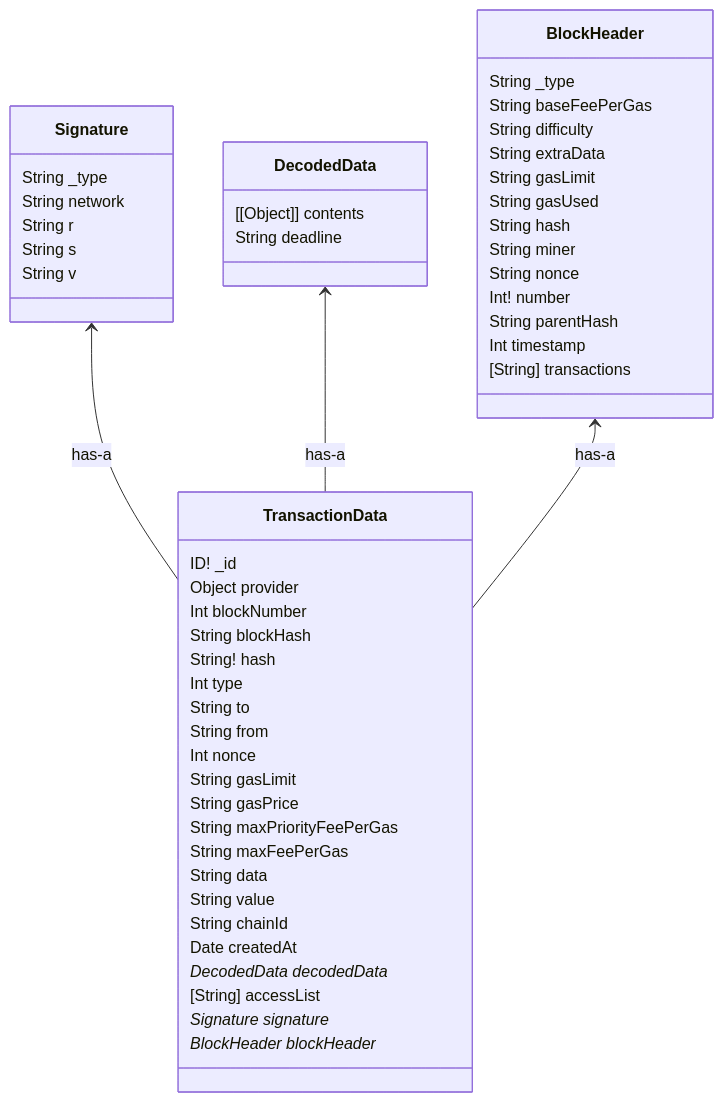
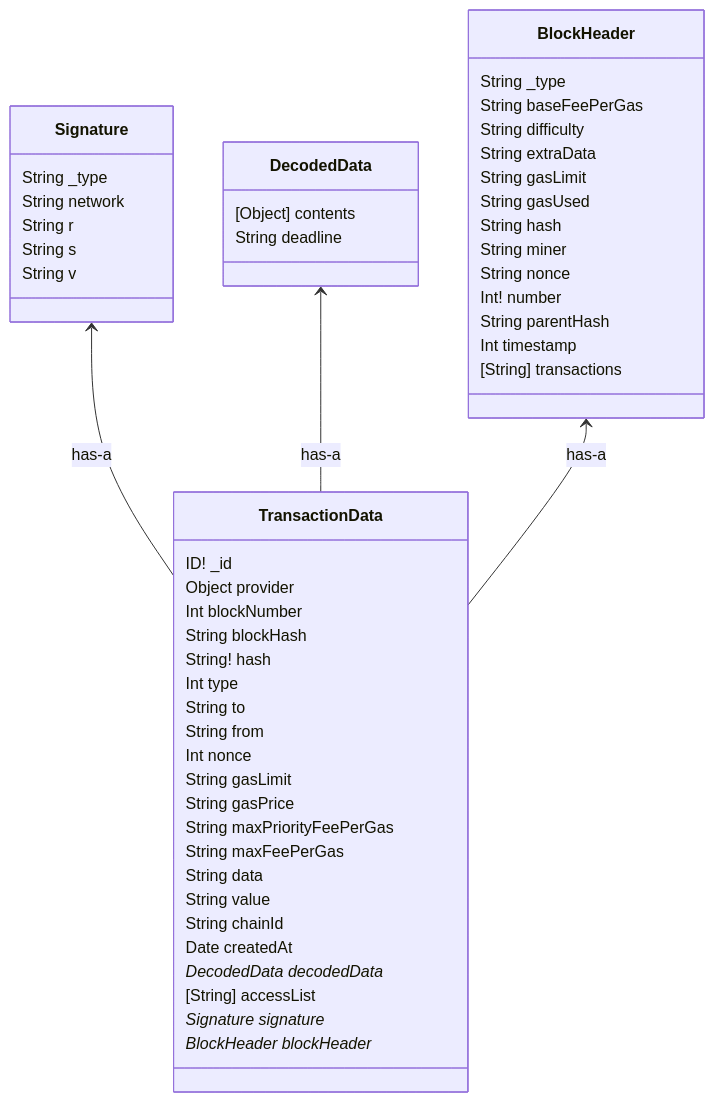
Before and after one commit to HiroyukiNaito/uniswap-universal-base: the second of 2 diagrams in README.md, drawn with Mermaid.

````diff
--- a/README.md
+++ b/README.md
@@ -51,54 +51,54 @@
 ```mermaid
 classDiagram
 
 Signature <-- TransactionData : has-a
 DecodedData <-- TransactionData : has-a
 BlockHeader <-- TransactionData : has-a
 
 
 Signature : String _type
 Signature : String network
 Signature : String  r
 Signature : String  s
 Signature : String  v
 
-DecodedData : [[Object]] contents
+DecodedData : [Object] contents
 DecodedData : String deadline
 
 BlockHeader: String _type
 BlockHeader: String baseFeePerGas
 BlockHeader: String difficulty
 BlockHeader: String extraData
 BlockHeader: String gasLimit
 BlockHeader: String gasUsed
 BlockHeader: String hash
 BlockHeader: String miner
 BlockHeader: String nonce
 BlockHeader: Int! number
 BlockHeader: String parentHash
 BlockHeader: Int timestamp
 BlockHeader: [String] transactions
 
 
 TransactionData: ID! _id
 TransactionData: Object provider
 TransactionData: Int blockNumber
 TransactionData: String blockHash
 TransactionData: String! hash 
 TransactionData: Int type
 TransactionData: String to
 TransactionData: String from
 TransactionData: Int nonce
 TransactionData: String gasLimit
 TransactionData: String gasPrice
 TransactionData: String maxPriorityFeePerGas
 TransactionData: String maxFeePerGas
 TransactionData: String data
 TransactionData: String value
 TransactionData: String chainId
 TransactionData: Date createdAt
 TransactionData: DecodedData decodedData*
 TransactionData: [String] accessList
 TransactionData: Signature signature*
 TransactionData: BlockHeader blockHeader*
 ```
````
